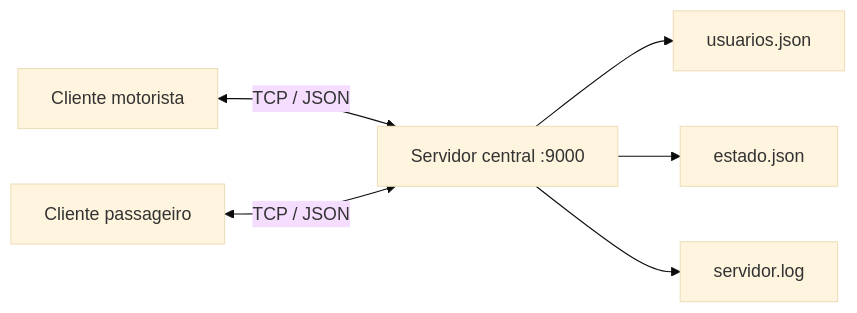
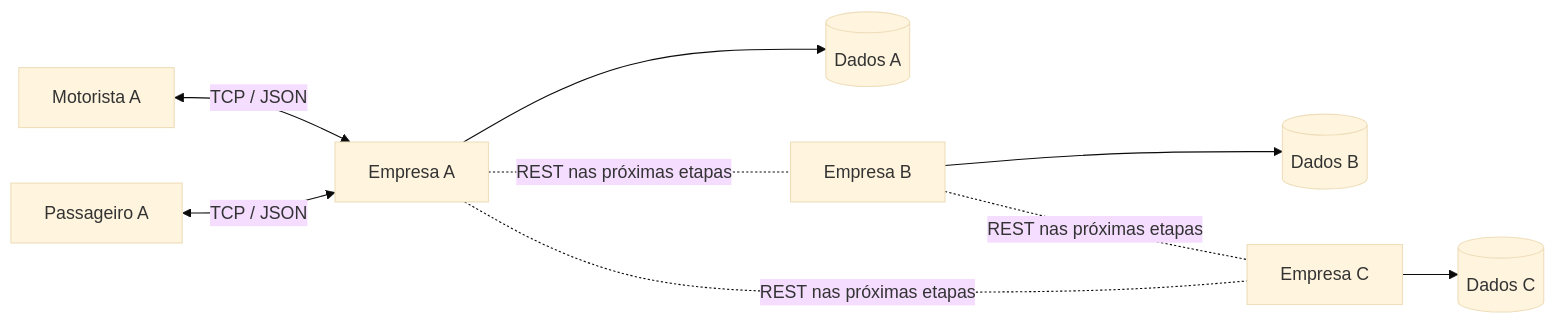
Before and after one commit to matheusrodrrgues/vaijunto2: the diagram in README.md, drawn with Mermaid (base theme). The commit also changed other lines of this file and 18 other files, not shown here.

````diff
--- a/README.md
+++ b/README.md
@@ -46,8 +46,11 @@
 ```mermaid
 flowchart LR
-    M[Cliente motorista] <-->|TCP / JSON| S[Servidor central :9000]
-    P[Cliente passageiro] <-->|TCP / JSON| S
-    S --> U[usuarios.json]
-    S --> E[estado.json]
-    S --> L[servidor.log]
+    MA[Motorista A] <-->|TCP / JSON| A[Empresa A]
+    PA[Passageiro A] <-->|TCP / JSON| A
+    A --> DA[(Dados A)]
+    B[Empresa B] --> DB[(Dados B)]
+    C[Empresa C] --> DC[(Dados C)]
+    A -. REST nas próximas etapas .- B
+    B -. REST nas próximas etapas .- C
+    A -. REST nas próximas etapas .- C
 ```
````
